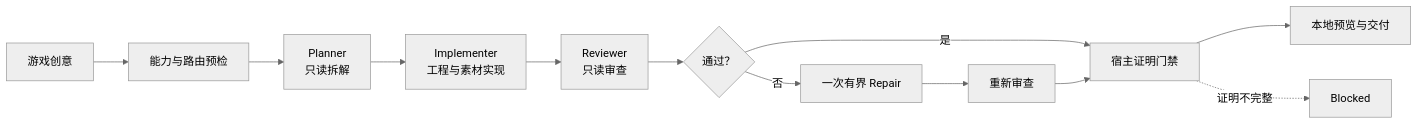
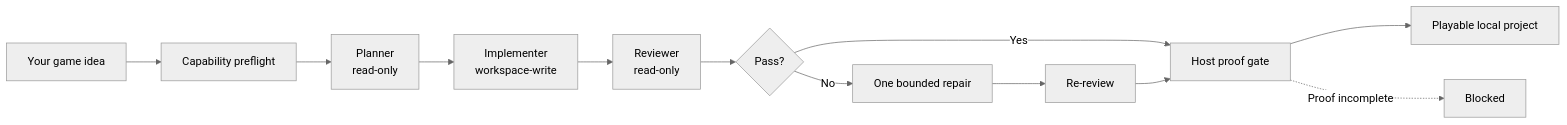
The first of 2 diagrams in README.md (Innate-Labs/Noobi.ai), drawn with Mermaid (neutral theme) before and after one commit. The commit also changed other lines of this file and 14 other files, not shown here.

````diff
--- a/README.md
+++ b/README.md
@@ -35,14 +69,14 @@
 ```mermaid
 flowchart LR
-    Idea["游戏创意"] --> Preflight["能力与路由预检"]
-    Preflight --> Plan["Planner<br/>只读拆解"]
-    Plan --> Build["Implementer<br/>工程与素材实现"]
-    Build --> Review["Reviewer<br/>只读审查"]
-    Review --> Pass{"通过？"}
-    Pass -- "否" --> Repair["一次有界 Repair"]
-    Repair --> ReReview["重新审查"]
-    Pass -- "是" --> Gate["宿主证明门禁"]
+    Idea["Your game idea"] --> Preflight["Capability preflight"]
+    Preflight --> Plan["Planner<br/>read-only"]
+    Plan --> Build["Implementer<br/>workspace-write"]
+    Build --> Review["Reviewer<br/>read-only"]
+    Review --> Pass{"Pass?"}
+    Pass -- "No" --> Repair["One bounded repair"]
+    Repair --> ReReview["Re-review"]
+    Pass -- "Yes" --> Gate["Host proof gate"]
     ReReview --> Gate
-    Gate --> Done["本地预览与交付"]
-    Gate -. "证明不完整" .-> Blocked["Blocked"]
+    Gate --> Done["Playable local project"]
+    Gate -. "Proof incomplete" .-> Blocked["Blocked"]
 ```
````
